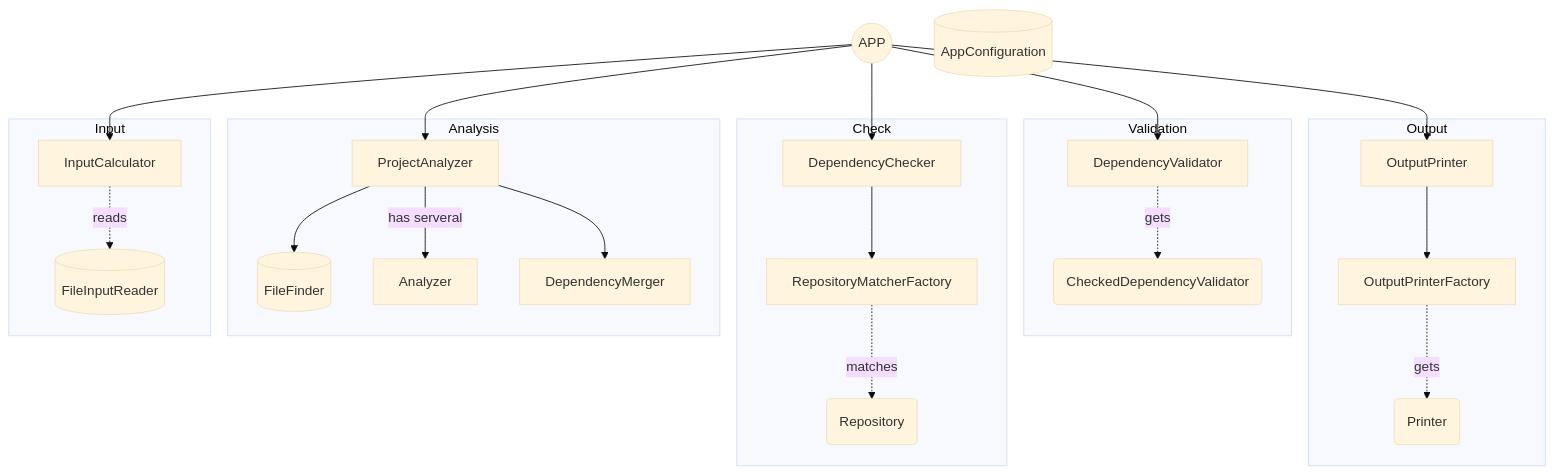
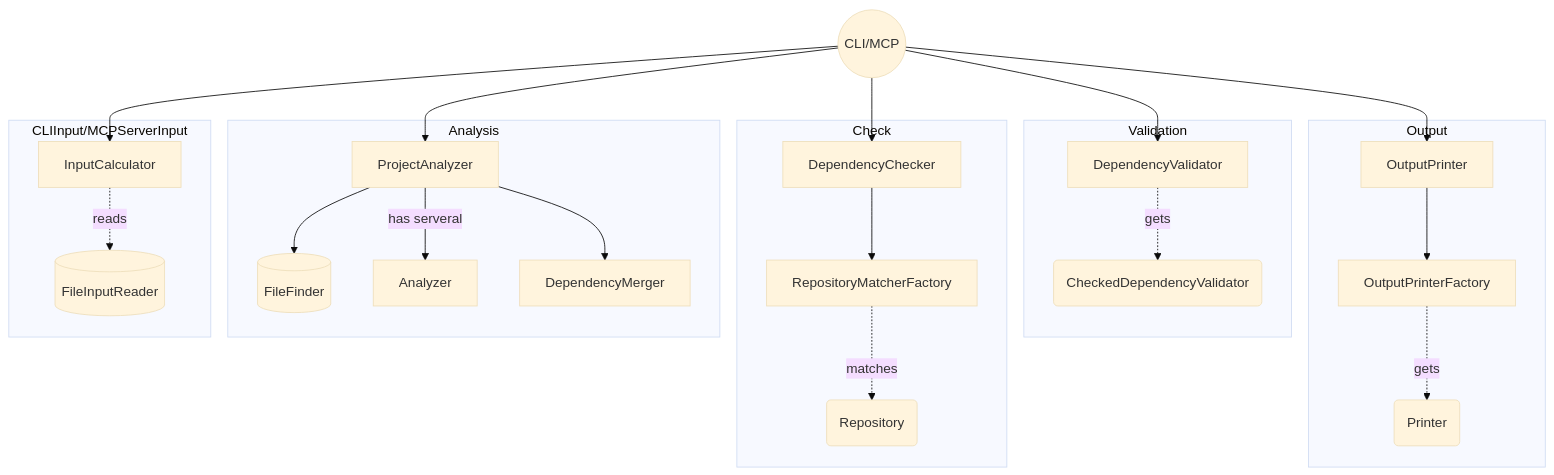
The diagram in doc/ARCHITECTURE.md (amegias/dep-checker), drawn with Mermaid (base theme) before and after one commit. The commit also changed other lines of this file and 60 other files, not shown here.

````diff
--- a/doc/ARCHITECTURE.md
+++ b/doc/ARCHITECTURE.md
@@ -5,33 +5,31 @@
 ```mermaid
         graph TD;
-                APP@{ shape: circle }-->InputCalculator;
-                subgraph 1 [Input]
+                CLI/MCP@{ shape: circle }-->InputCalculator;
+                subgraph 1 [CLIInput/MCPServerInput]
                                 InputCalculator-.reads.->FileInputReader@{shape: cyl};
                 end
 
-                APP-->ProjectAnalyzer;
+                CLI/MCP-->ProjectAnalyzer;
                 subgraph 2 [Analysis]
                                 ProjectAnalyzer-->FileFinder@{shape: cyl};
                                 ProjectAnalyzer--has serveral-->Analyzer;
                                 ProjectAnalyzer-->DependencyMerger;
                 end
 
-                APP-->DependencyChecker;
+                CLI/MCP-->DependencyChecker;
                 subgraph 3 [Check]
                                 DependencyChecker-->RepositoryMatcherFactory;
                                 RepositoryMatcherFactory-.matches.->Repository@{shape: rounded };
                 end
 
-                APP-->OutputPrinter;
+                CLI/MCP-->OutputPrinter;
                 subgraph 4 [Output]
                                 OutputPrinter-->OutputPrinterFactory;
                                 OutputPrinterFactory-.gets.->Printer@{shape: rounded };
                 end
 
-                APP-->DependencyValidator;
+                CLI/MCP-->DependencyValidator;
                 subgraph 5 [Validation]
                                 DependencyValidator-.gets.->CheckedDependencyValidator@{shape: rounded };
                 end
-
-                AppConfiguration@{shape: cyl}
 ```
````
